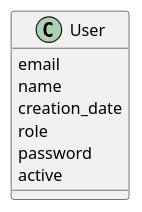
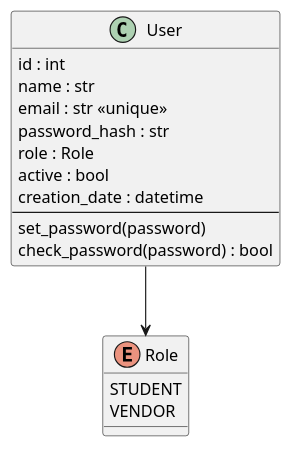
Before and after one commit to AdenPotato/CS3250-project-2: the diagram in uml/class.wsd, drawn with PlantUML. The commit also changed 1 other file, not shown here.

Commit message:
CS-10 add user model with role and hashed password (#69)

```diff
--- a/uml/class.wsd
+++ b/uml/class.wsd
@@ -1,12 +1,23 @@
 @startuml class
 
-class User {
-    email
-    name
-    creation_date
-    role
-    password
-    active
+enum Role {
+    STUDENT
+    VENDOR
 }
 
+class User {
+    id : int
+    name : str
+    email : str <<unique>>
+    password_hash : str
+    role : Role
+    active : bool
+    creation_date : datetime
+    --
+    set_password(password)
+    check_password(password) : bool
+}
+
+User --> Role
+
 @enduml
```
